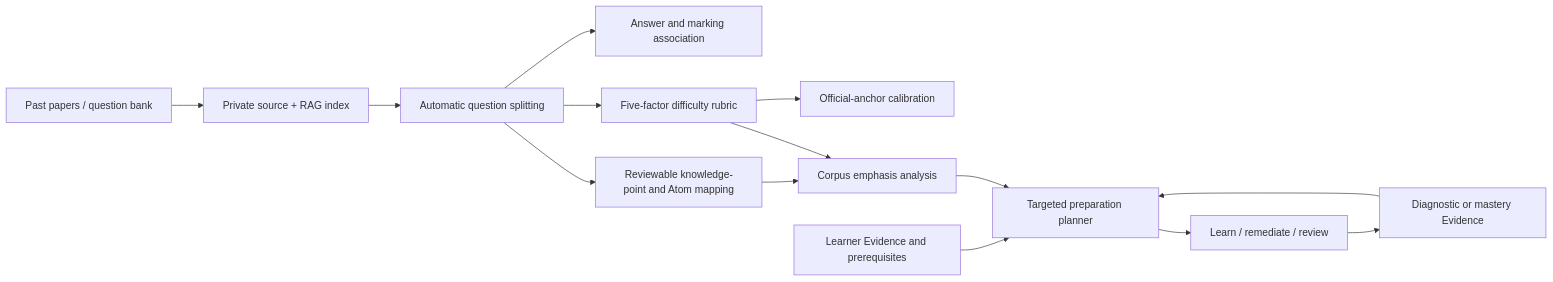
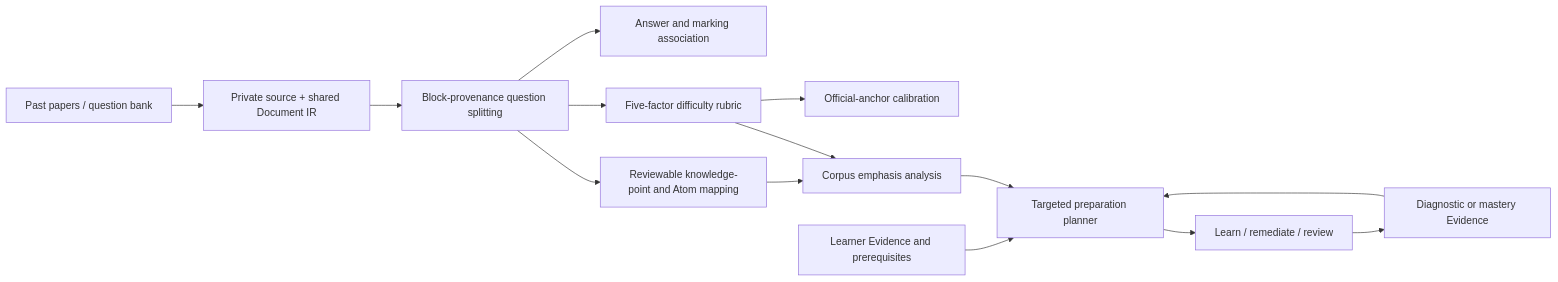
The diagram in docs/EXAM_PREPARATION_DESIGN.md (panjose/Atom-Learn), drawn with Mermaid before and after one commit. The commit also changed other lines of this file and 32 other files, not shown here.

````diff
--- a/docs/EXAM_PREPARATION_DESIGN.md
+++ b/docs/EXAM_PREPARATION_DESIGN.md
@@ -16,16 +16,16 @@
 ```mermaid
 flowchart LR
-    A["Past papers / question bank"] --> B["Private source + RAG index"]
-    B --> C["Automatic question splitting"]
+    A["Past papers / question bank"] --> B["Private source + shared Document IR"]
+    B --> C["Block-provenance question splitting"]
     C --> K["Answer and marking association"]
     C --> D["Reviewable knowledge-point and Atom mapping"]
     C --> E["Five-factor difficulty rubric"]
     E --> L["Official-anchor calibration"]
     D --> F["Corpus emphasis analysis"]
     E --> F
     G["Learner Evidence and prerequisites"] --> H["Targeted preparation planner"]
     F --> H
     H --> I["Learn / remediate / review"]
     I --> J["Diagnostic or mastery Evidence"]
     J --> H
 ```
````
